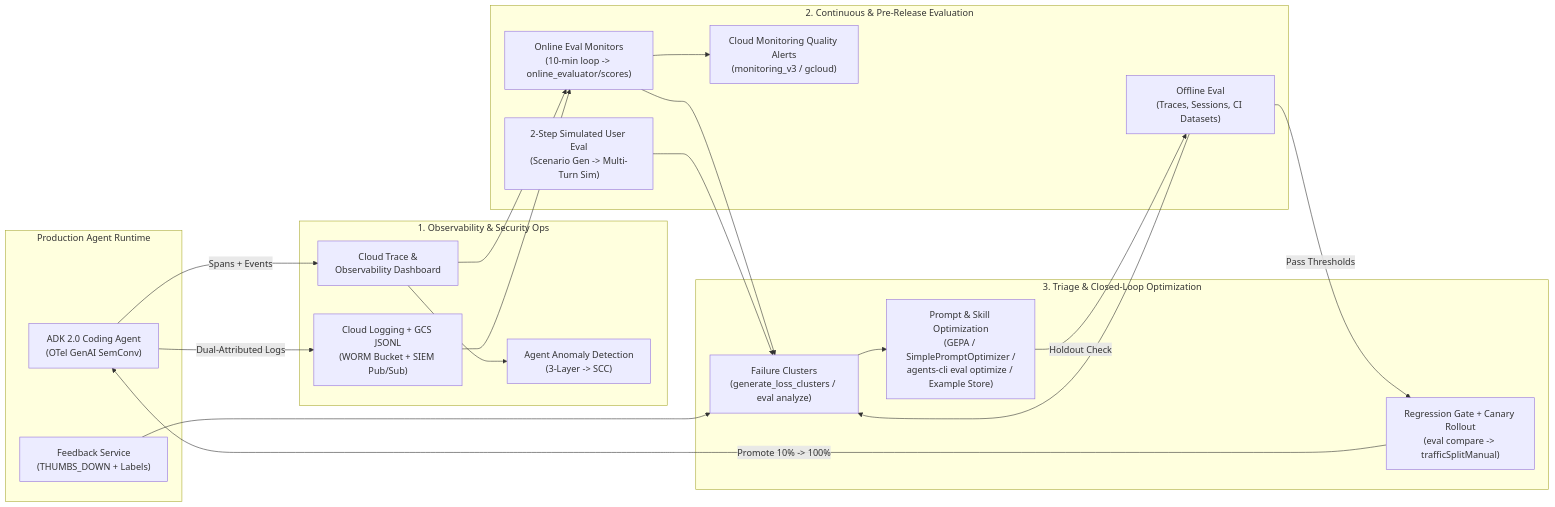
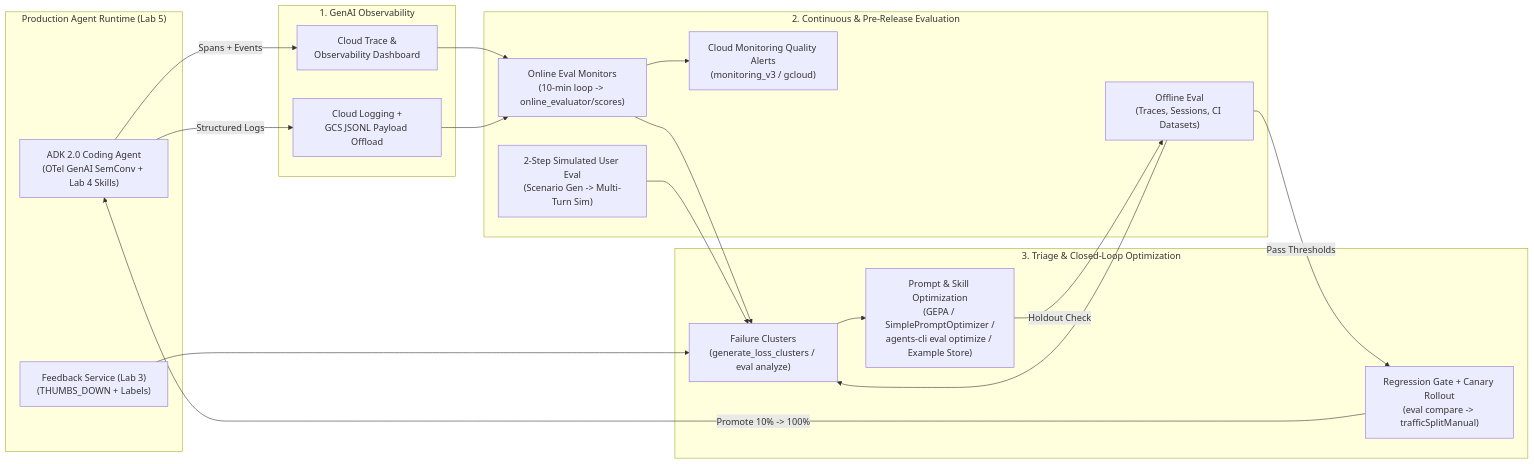
One commit to jiratouchmhp/coding-agent-workshop changed the diagram in workshop/06-LAB-OPTIMIZE-EVAL-AND-ALERTS.md. Above: the diagram before and after it, drawn with Mermaid. The commit also changed other lines of this file and 51 other files, not shown here.

Commit message:
Reorder labs to build complete agent before Terraform deploy and isolate optional Security & Governance Lab 7

````diff
--- a/workshop/06-LAB-OPTIMIZE-EVAL-AND-ALERTS.md
+++ b/workshop/06-LAB-OPTIMIZE-EVAL-AND-ALERTS.md
@@ -34,41 +34,39 @@
 ```mermaid
 flowchart LR
-    subgraph Prod["Production Agent Runtime"]
-        Agent["ADK 2.0 Coding Agent<br/>(OTel GenAI SemConv)"]
-        Feedback["Feedback Service<br/>(THUMBS_DOWN + Labels)"]
+    subgraph Prod["Production Agent Runtime (Lab 5)"]
+        Agent["ADK 2.0 Coding Agent<br/>(OTel GenAI SemConv + Lab 4 Skills)"]
+        Feedback["Feedback Service (Lab 3)<br/>(THUMBS_DOWN + Labels)"]
     end
 
-    subgraph Obs["1. Observability & Security Ops"]
+    subgraph Obs["1. GenAI Observability"]
         Trace["Cloud Trace &<br/>Observability Dashboard"]
-        Logs["Cloud Logging + GCS JSONL<br/>(WORM Bucket + SIEM Pub/Sub)"]
-        Anom["Agent Anomaly Detection<br/>(3-Layer -> SCC)"]
+        Logs["Cloud Logging +<br/>GCS JSONL Payload Offload"]
     end
 
     subgraph Eval["2. Continuous & Pre-Release Evaluation"]
         Online["Online Eval Monitors<br/>(10-min loop -> online_evaluator/scores)"]
         Alerts["Cloud Monitoring Quality Alerts<br/>(monitoring_v3 / gcloud)"]
         Offline["Offline Eval<br/>(Traces, Sessions, CI Datasets)"]
         Sim["2-Step Simulated User Eval<br/>(Scenario Gen -> Multi-Turn Sim)"]
     end
 
     subgraph Fix["3. Triage & Closed-Loop Optimization"]
         Clusters["Failure Clusters<br/>(generate_loss_clusters / eval analyze)"]
         Opt["Prompt & Skill Optimization<br/>(GEPA / SimplePromptOptimizer /<br/>agents-cli eval optimize / Example Store)"]
         Canary["Regression Gate + Canary Rollout<br/>(eval compare -> trafficSplitManual)"]
     end
 
     Agent -->|"Spans + Events"| Trace
-    Agent -->|"Dual-Attributed Logs"| Logs
-    Trace --> Anom
+    Agent -->|"Structured Logs"| Logs
     Trace --> Online
     Logs --> Online
     Online --> Alerts
     Online --> Clusters
     Feedback --> Clusters
     Offline --> Clusters
     Sim --> Clusters
     Clusters --> Opt
     Opt -->|"Holdout Check"| Offline
     Offline -->|"Pass Thresholds"| Canary
     Canary -->|"Promote 10% -> 100%"| Agent
 ```
````
